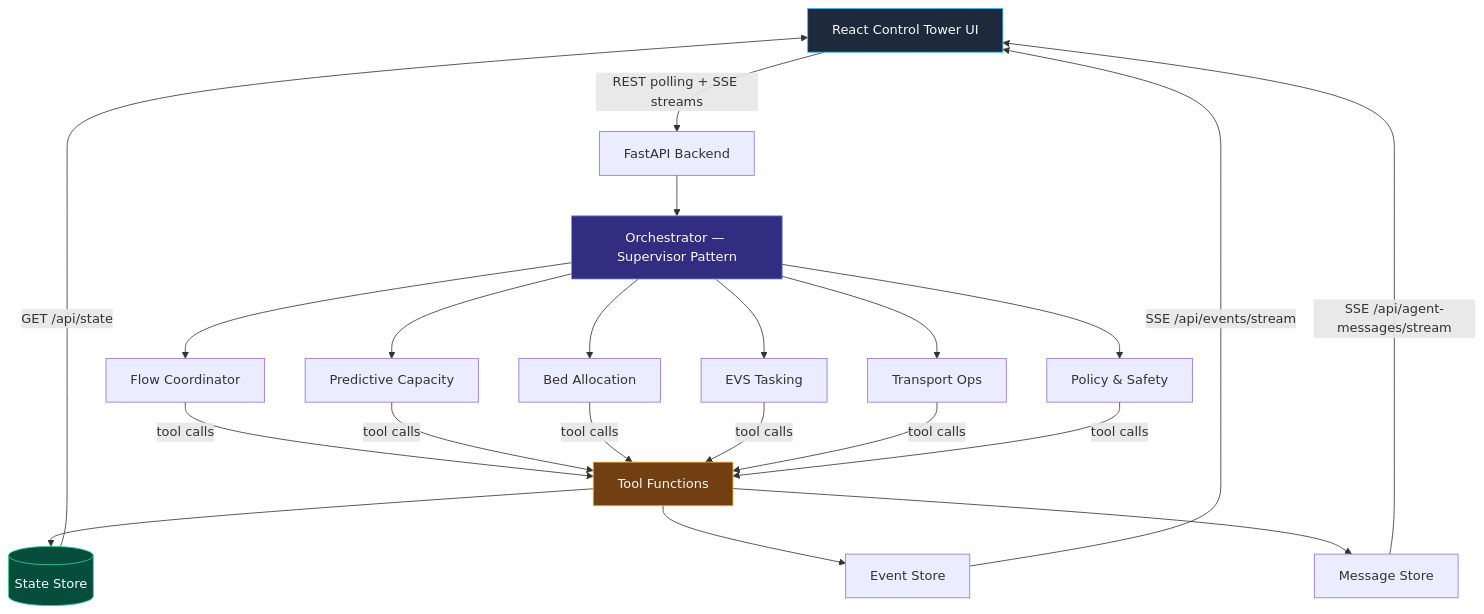
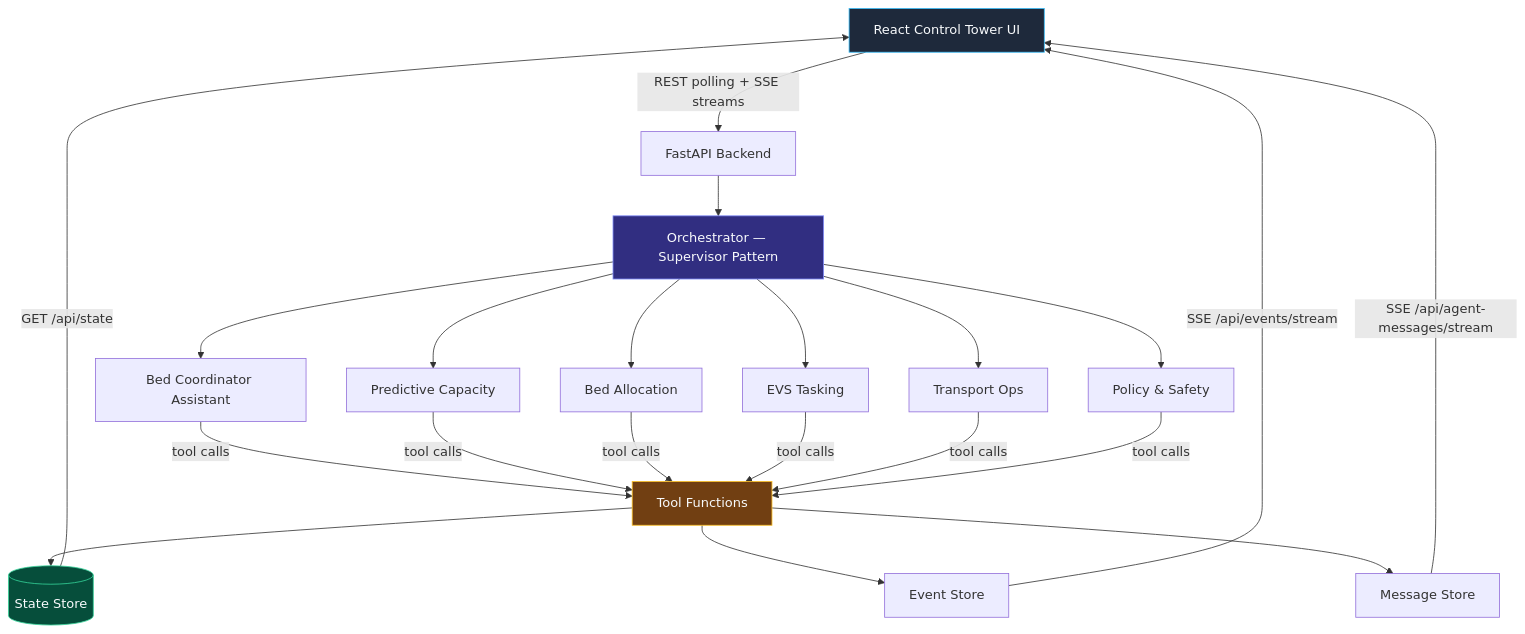
One commit to acworkma/bed-management-squad-demo changed the diagram in docs/architecture.md. Above: the diagram before and after it, drawn with Mermaid. The commit also changed other lines of this file and 3 other files, not shown here.

First line of the commit message:
fix: complete Flow Coordinator → Bed Coordinator Assistant rename in docs and prompts

````diff
--- a/docs/architecture.md
+++ b/docs/architecture.md
@@ -7,32 +7,32 @@
 ```mermaid
 graph TD
     UI[React Control Tower UI] -->|REST polling + SSE streams| API[FastAPI Backend]
     API --> ORCH[Orchestrator — Supervisor Pattern]
 
-    ORCH --> FC[Flow Coordinator]
+    ORCH --> FC[Bed Coordinator Assistant]
     ORCH --> PC[Predictive Capacity]
     ORCH --> BA[Bed Allocation]
     ORCH --> EVS[EVS Tasking]
     ORCH --> TO[Transport Ops]
     ORCH --> PS[Policy & Safety]
 
     FC -->|tool calls| TOOLS[Tool Functions]
     PC -->|tool calls| TOOLS
     BA -->|tool calls| TOOLS
     EVS -->|tool calls| TOOLS
     TO -->|tool calls| TOOLS
     PS -->|tool calls| TOOLS
 
     TOOLS --> STATE[(State Store)]
     TOOLS --> ES[Event Store]
     TOOLS --> MS[Message Store]
 
     ES -->|SSE /api/events/stream| UI
     MS -->|SSE /api/agent-messages/stream| UI
     STATE -->|GET /api/state| UI
 
     style UI fill:#1e293b,stroke:#38bdf8,color:#f8fafc
     style ORCH fill:#312e81,stroke:#818cf8,color:#f8fafc
     style STATE fill:#064e3b,stroke:#34d399,color:#f8fafc
     style TOOLS fill:#713f12,stroke:#fbbf24,color:#f8fafc
 ```
````
